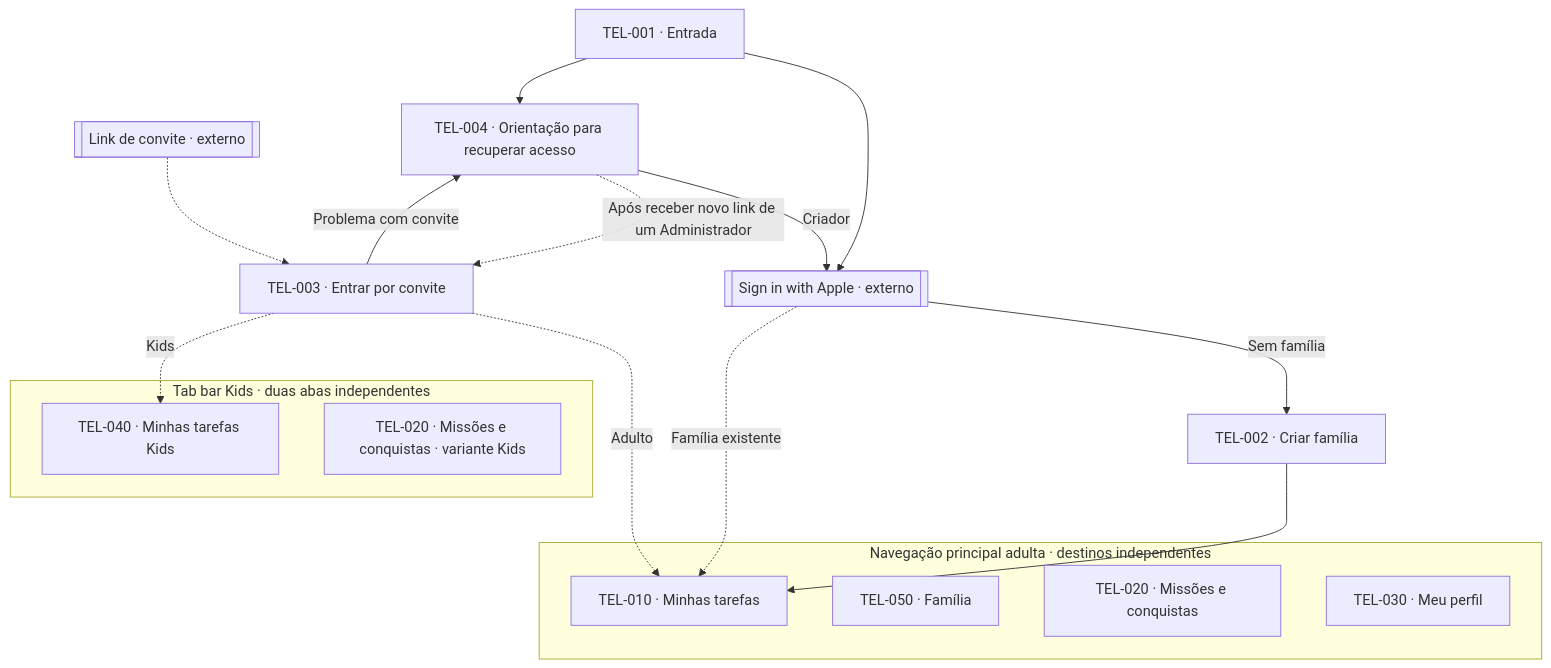
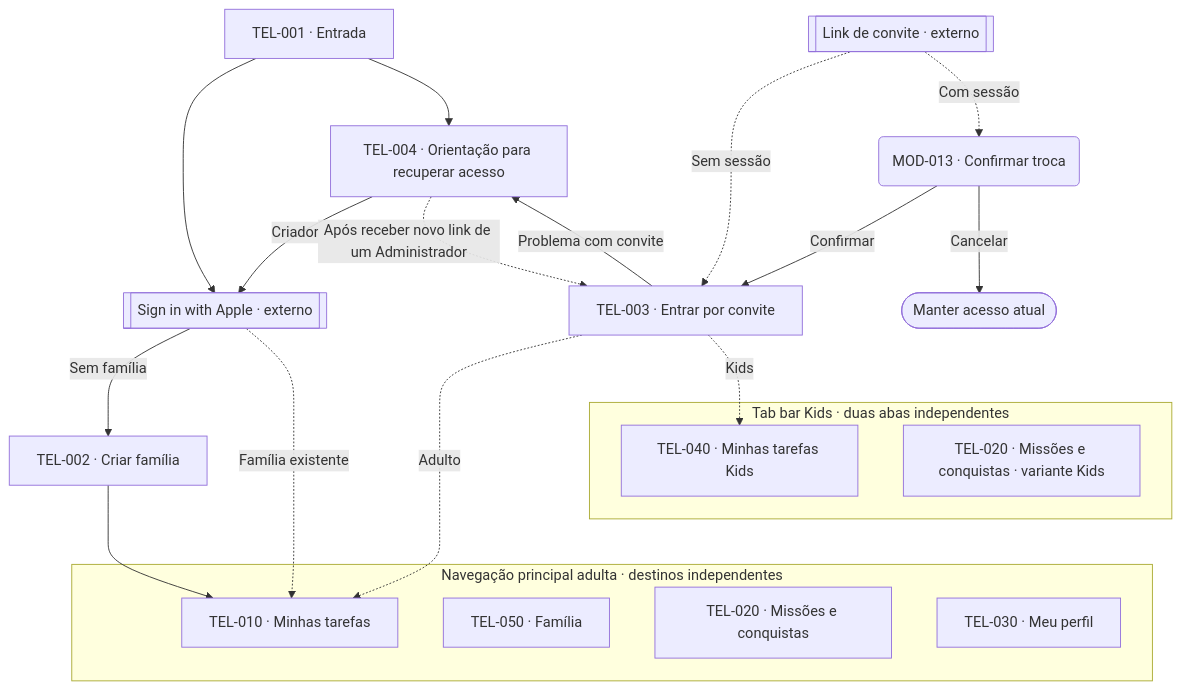
Before and after one commit to lizandramalta/App-Rotina-Familiar: the first of 6 diagrams in docs/design/screen-map.md, drawn with Mermaid. The commit also changed other lines of this file and 25 other files, not shown here.

````diff
--- a/docs/design/screen-map.md
+++ b/docs/design/screen-map.md
@@ -26,30 +28,33 @@
 ```mermaid
 flowchart TD
     T001["TEL-001 · Entrada"]
     Apple[["Sign in with Apple · externo"]]
     T002["TEL-002 · Criar família"]
     Link[["Link de convite · externo"]]
     T003["TEL-003 · Entrar por convite"]
     T004["TEL-004 · Orientação para recuperar acesso"]
     subgraph Adultos["Navegação principal adulta · destinos independentes"]
       T010["TEL-010 · Minhas tarefas"]
       T050["TEL-050 · Família"]
       T020["TEL-020 · Missões e conquistas"]
       T030["TEL-030 · Meu perfil"]
     end
     subgraph Kids["Tab bar Kids · duas abas independentes"]
       T040["TEL-040 · Minhas tarefas Kids"]
       KM["TEL-020 · Missões e conquistas · variante Kids"]
     end
     T001 --> Apple
     Apple -->|Sem família| T002
     Apple -.->|Família existente| T010
     T002 --> T010
-    Link -.-> T003
+    Link -.->|Sem sessão| T003
+    Link -.->|Com sessão| M013("MOD-013 · Confirmar troca")
+    M013 -->|Confirmar| T003
+    M013 -->|Cancelar| Current(["Manter acesso atual"])
     T003 -.->|Adulto| T010
     T003 -.->|Kids| T040
     T001 --> T004
     T003 -->|Problema com convite| T004
     T004 -->|Criador| Apple
     T004 -.->|Após receber novo link de um Administrador| T003
 ```
````
